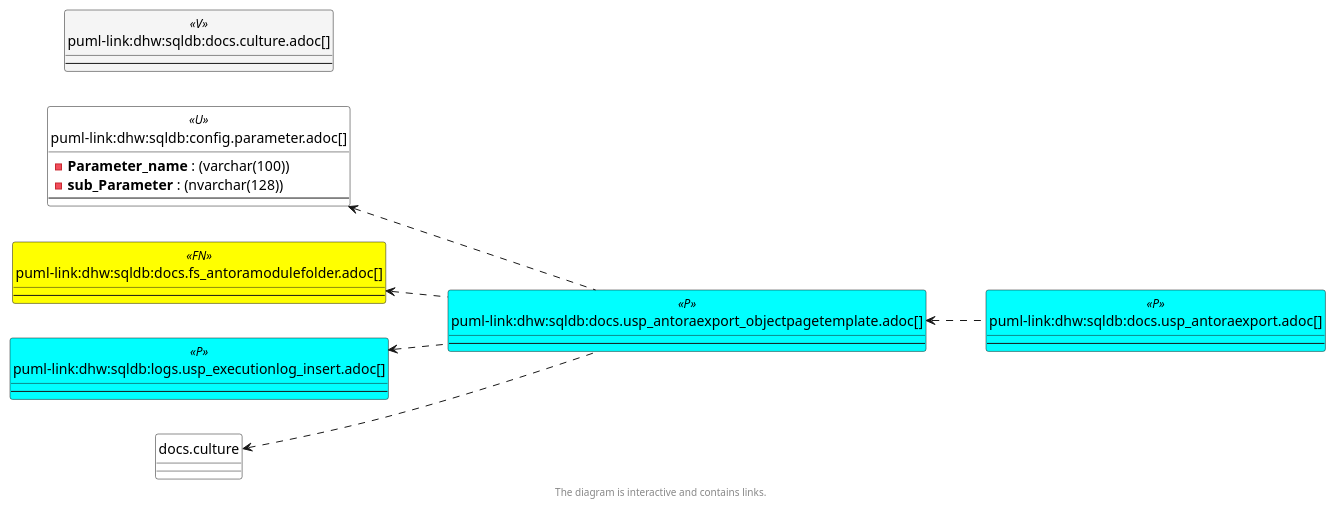
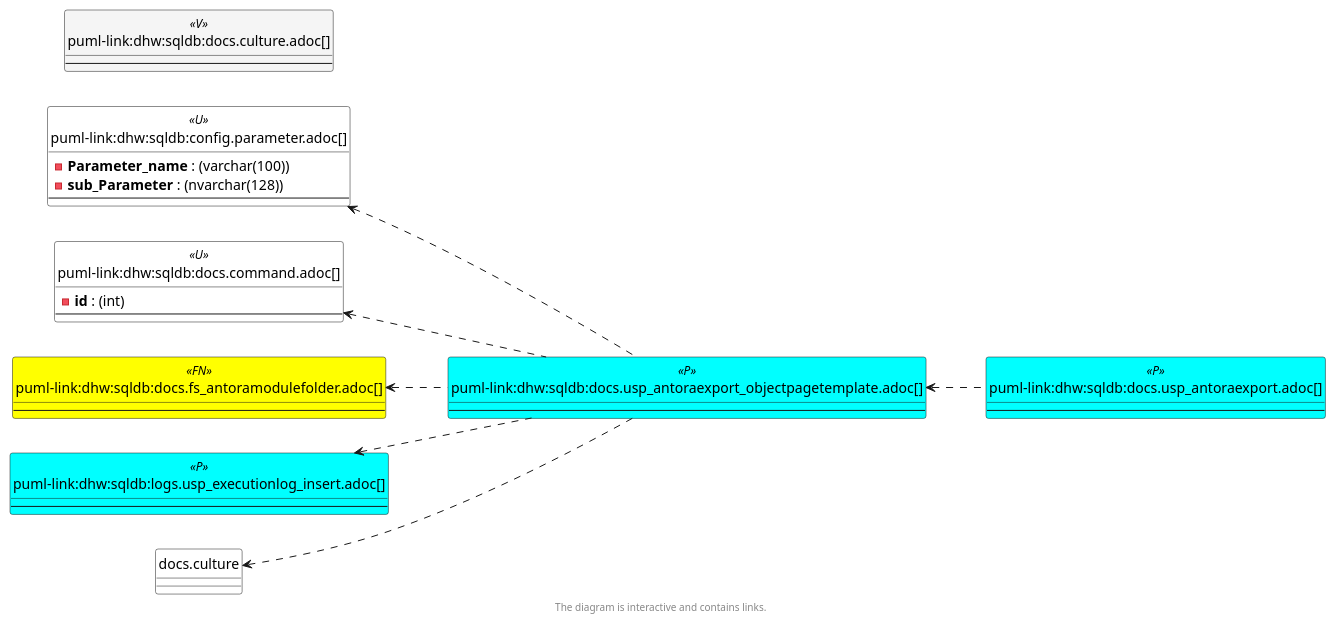
Before and after one commit to DataHandwerk/dhw-antora-sqldb: the third of 6 diagrams in docs/modules/sqldb/partials/content/docs.usp_antoraexport_objectpagetemplate.adoc, drawn with PlantUML. The commit also changed other lines of this file and 701 other files, not shown here.

```diff
--- a/docs/modules/sqldb/partials/content/docs.usp_antoraexport_objectpagetemplate.adoc
+++ b/docs/modules/sqldb/partials/content/docs.usp_antoraexport_objectpagetemplate.adoc
@@ -699,66 +709,72 @@
 [plantuml, entity_1_1_objectref-{docname}, svg, subs=macros]
 ....
 @startuml
 left to right direction
 'top to bottom direction
 hide circle
 'avoide "." issues:
 set namespaceSeparator none
 
 
 skinparam class {
   BackgroundColor White
   BackgroundColor<<FN>> Yellow
   BackgroundColor<<FS>> Yellow
   BackgroundColor<<FT>> LightGray
   BackgroundColor<<IF>> Yellow
   BackgroundColor<<IS>> Yellow
   BackgroundColor<<P>>  Aqua
   BackgroundColor<<PC>> Aqua
   BackgroundColor<<SN>> Yellow
   BackgroundColor<<SO>> SlateBlue
   BackgroundColor<<TF>> LightGray
   BackgroundColor<<TR>> Tomato
   BackgroundColor<<U>>  White
   BackgroundColor<<V>>  WhiteSmoke
   BackgroundColor<<X>>  Aqua
   BackgroundColor<<external>> AliceBlue
 }
 
 
 entity "puml-link:dhw:sqldb:config.parameter.adoc[]" as config.Parameter << U >> {
   - **Parameter_name** : (varchar(100))
   - **sub_Parameter** : (nvarchar(128))
   --
 }
 
+entity "puml-link:dhw:sqldb:docs.command.adoc[]" as docs.command << U >> {
+  - **id** : (int)
+  --
+}
+
 entity "puml-link:dhw:sqldb:docs.culture.adoc[]" as docs.Culture << V >> {
   --
 }
 
 entity "puml-link:dhw:sqldb:docs.fs_antoramodulefolder.adoc[]" as docs.fs_AntoraModuleFolder << FN >> {
   --
 }
 
 entity "puml-link:dhw:sqldb:docs.usp_antoraexport.adoc[]" as docs.usp_AntoraExport << P >> {
   --
 }
 
 entity "puml-link:dhw:sqldb:docs.usp_antoraexport_objectpagetemplate.adoc[]" as docs.usp_AntoraExport_ObjectPageTemplate << P >> {
   --
 }
 
 entity "puml-link:dhw:sqldb:logs.usp_executionlog_insert.adoc[]" as logs.usp_ExecutionLog_insert << P >> {
   --
 }
 
 config.Parameter <.. docs.usp_AntoraExport_ObjectPageTemplate
+docs.command <.. docs.usp_AntoraExport_ObjectPageTemplate
 docs.culture <.. docs.usp_AntoraExport_ObjectPageTemplate
 docs.fs_AntoraModuleFolder <.. docs.usp_AntoraExport_ObjectPageTemplate
 docs.usp_AntoraExport_ObjectPageTemplate <.. docs.usp_AntoraExport
 logs.usp_ExecutionLog_insert <.. docs.usp_AntoraExport_ObjectPageTemplate
 
 footer The diagram is interactive and contains links.
 
 @enduml
 ....
```
